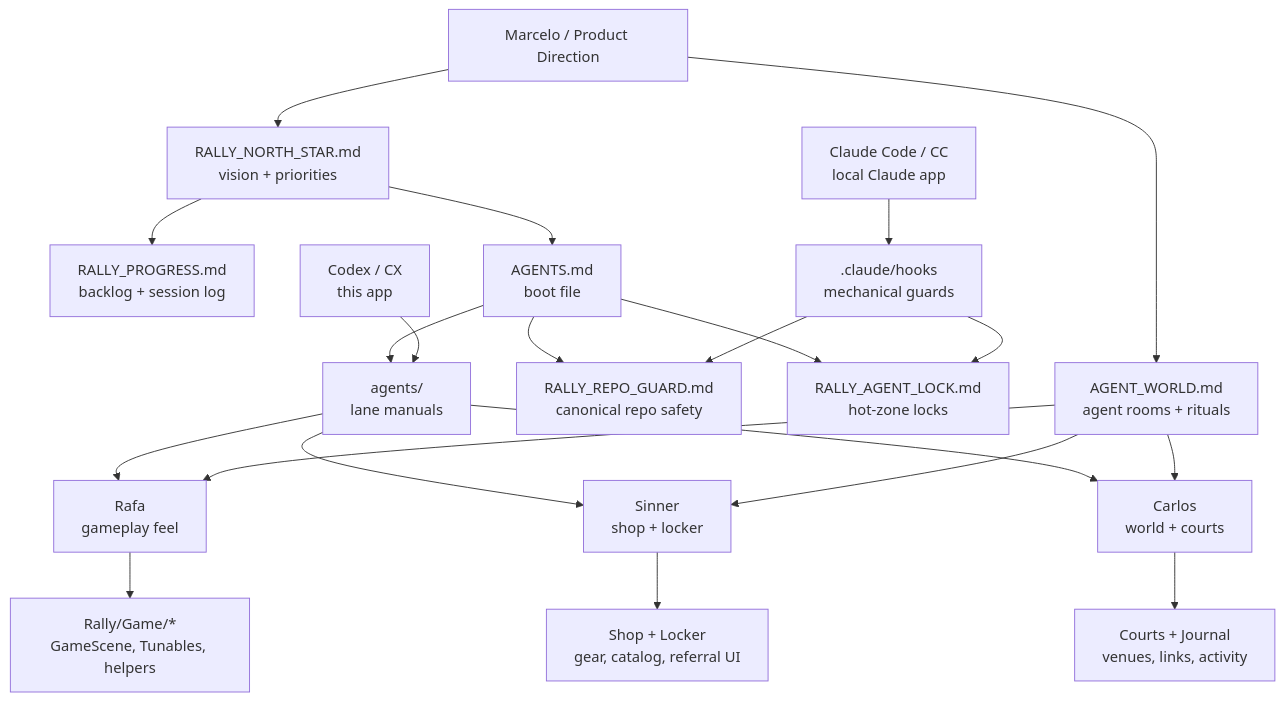
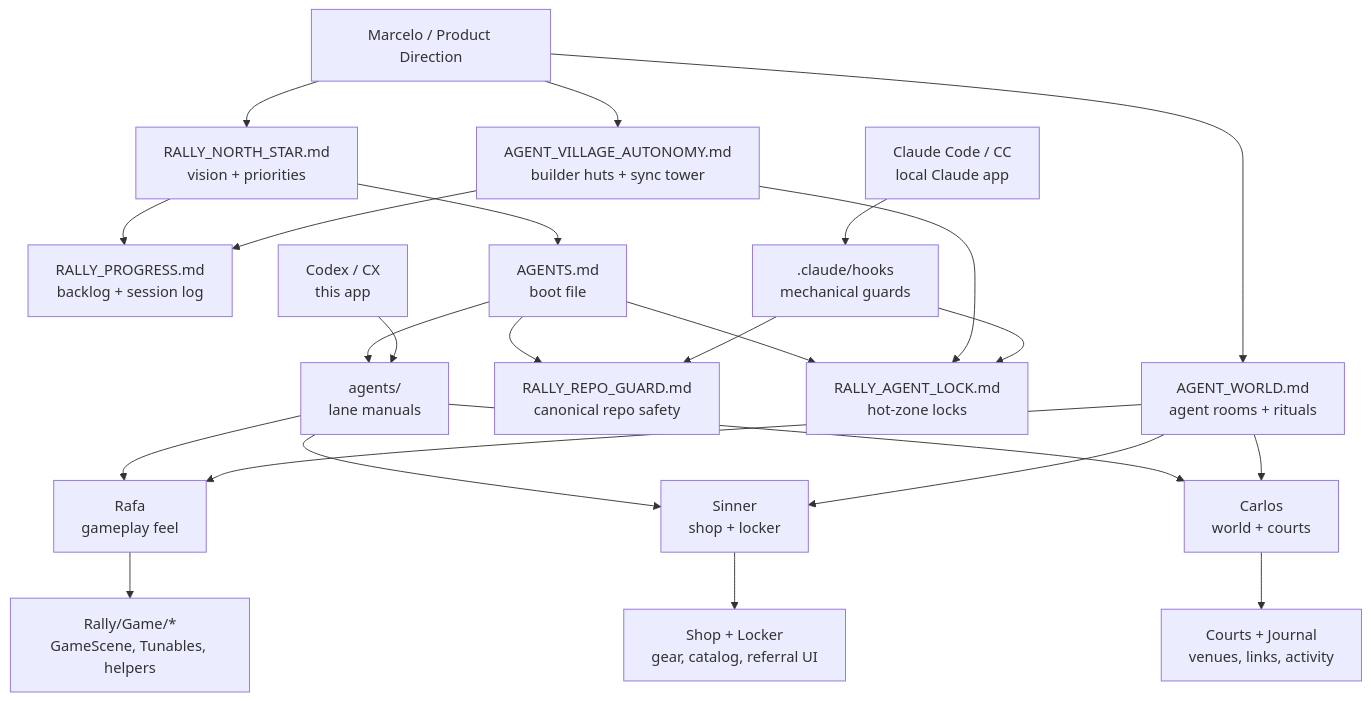
Before and after one commit to marcelozap/Rally: the first of 4 diagrams in AGENT_VISUALIZER.md, drawn with Mermaid. The commit also changed other lines of this file and 4 other files, not shown here.

Commit message:
[CX] Add Rally agent village autonomy

````diff
--- a/AGENT_VISUALIZER.md
+++ b/AGENT_VISUALIZER.md
@@ -22,25 +24,28 @@
 ```mermaid
 flowchart TD
     User["Marcelo / Product Direction"] --> NorthStar["RALLY_NORTH_STAR.md<br/>vision + priorities"]
     User --> WorldDoc["AGENT_WORLD.md<br/>agent rooms + rituals"]
+    User --> VillageDoc["AGENT_VILLAGE_AUTONOMY.md<br/>builder huts + sync tower"]
     NorthStar --> Progress["RALLY_PROGRESS.md<br/>backlog + session log"]
     NorthStar --> Agents["AGENTS.md<br/>boot file"]
     Agents --> Guard["RALLY_REPO_GUARD.md<br/>canonical repo safety"]
     Agents --> Lock["RALLY_AGENT_LOCK.md<br/>hot-zone locks"]
     Agents --> AgentDocs["agents/<br/>lane manuals"]
     AgentDocs --> Rafa["Rafa<br/>gameplay feel"]
     AgentDocs --> Sinner["Sinner<br/>shop + locker"]
     AgentDocs --> Carlos["Carlos<br/>world + courts"]
     WorldDoc --> Rafa
     WorldDoc --> Sinner
     WorldDoc --> Carlos
+    VillageDoc --> Progress
+    VillageDoc --> Lock
 
     Codex["Codex / CX<br/>this app"] --> AgentDocs
     Claude["Claude Code / CC<br/>local Claude app"] --> ClaudeHooks[".claude/hooks<br/>mechanical guards"]
     ClaudeHooks --> Guard
     ClaudeHooks --> Lock
 
     Rafa --> Game["Rally/Game/*<br/>GameScene, Tunables, helpers"]
     Sinner --> Shop["Shop + Locker<br/>gear, catalog, referral UI"]
     Carlos --> World["Courts + Journal<br/>venues, links, activity"]
 ```
````
